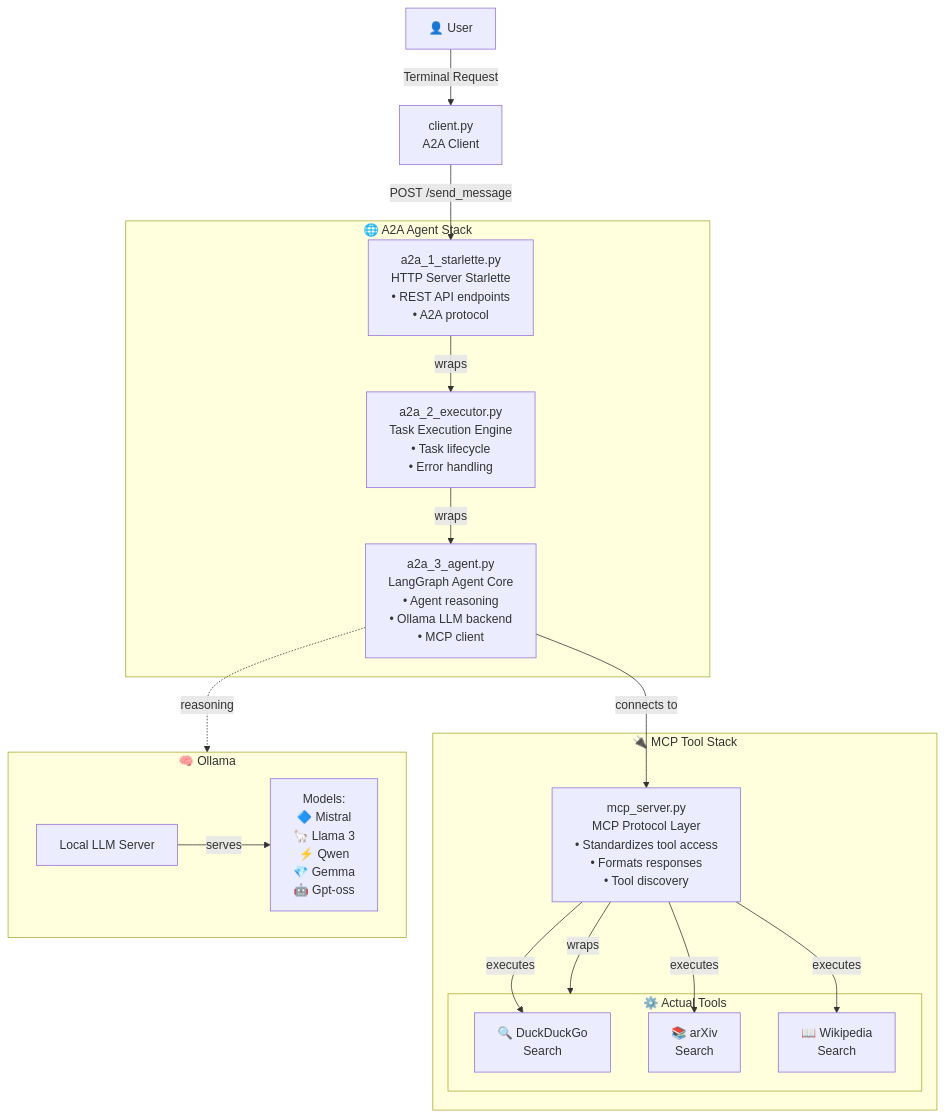
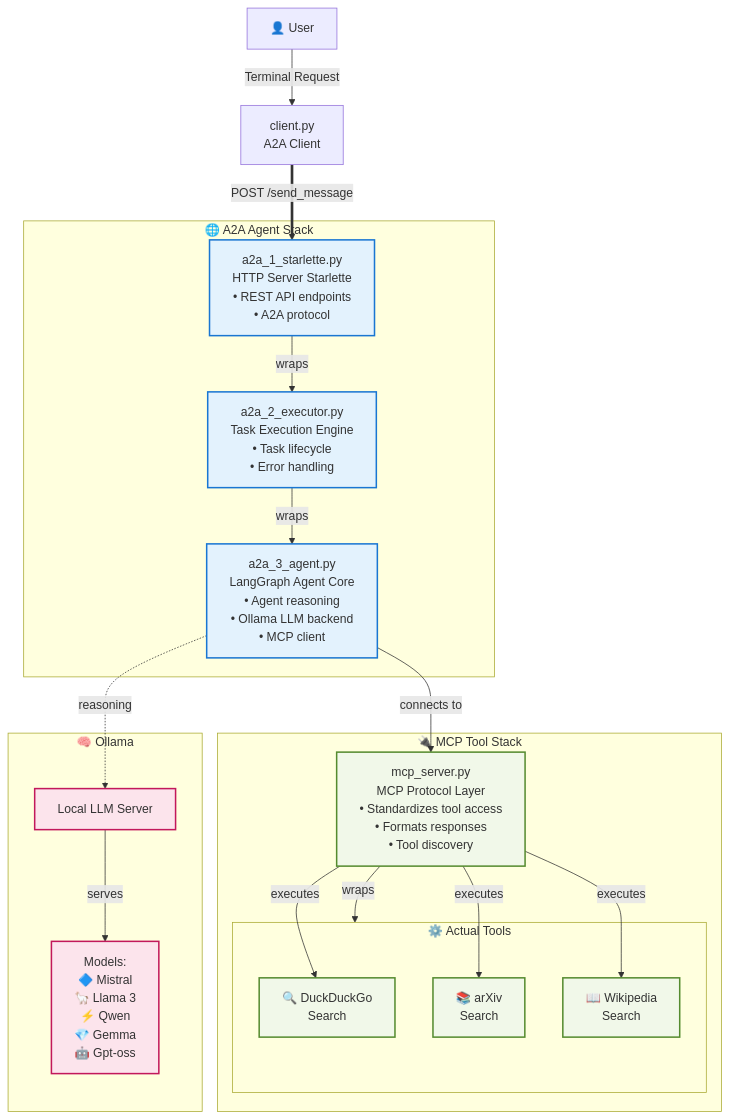
Before and after one commit to JuanMaParraU/a2a-mcp-langgraph-agent-local: the diagram in README.md, drawn with Mermaid.

````diff
--- a/README.md
+++ b/README.md
@@ -141,39 +141,47 @@
 ```mermaid
----
-config:
-  theme: mc
----
 graph TB
     User[👤 User]
     Client[client.py<br/>A2A Client]
-     subgraph A2A_Stack["🌐 A2A Agent Stack"]
+    
+    subgraph A2A_Stack["🌐 A2A Agent Stack"]
         Starlette[a2a_1_starlette.py<br/>HTTP Server Starlette<br/>• REST API endpoints<br/>• A2A protocol]
         Executor[a2a_2_executor.py<br/>Task Execution Engine<br/>• Task lifecycle<br/>• Error handling]
         Agent[a2a_3_agent.py<br/>LangGraph Agent Core<br/>• Agent reasoning<br/>• Ollama LLM backend<br/>• MCP client]
     end
-     subgraph MCP_Stack["🔌 MCP Tool Stack"]
+    
+    subgraph MCP_Stack["🔌 MCP Tool Stack"]
         MCP[mcp_server.py<br/>MCP Protocol Layer<br/>• Standardizes tool access<br/>• Formats responses<br/>• Tool discovery]
-         subgraph Tools["⚙️ Actual Tools"]
+        
+        subgraph Tools["⚙️ Actual Tools"]
             DDG[🔍 DuckDuckGo<br/>Search]
             ArXiv[📚 arXiv<br/>Search]
             Wiki[📖 Wikipedia<br/>Search]
         end
     end
+    
     subgraph Ollama["🧠 Ollama"]
         LLM[Local LLM Server]
         Models["Models:<br/>🔷 Mistral<br/>🦙 Llama 3<br/>⚡ Qwen<br/>💎 Gemma<br/>🤖 Gpt-oss"]
     end
-     Ollama[(Ollama<br/>Local LLM)]
-     LLM -->|serves|Models
-     User -->|Terminal Request| Client
-     Client -->|POST /send_message| Starlette
-     Starlette -->|wraps| Executor
-     Executor -->|wraps| Agent
-     Agent -->|connects to| MCP
-     Agent -.->|reasoning| Ollama
-     MCP -->|wraps| Tools
-     MCP -->|executes| DDG
-     MCP -->|executes| ArXiv
-     MCP -->|executes| Wiki
-
+    
+    LLM -->|serves| Models
+    
+    User -->|Terminal Request| Client
+    Client ==>|POST /send_message| Starlette
+    Starlette -->|wraps| Executor
+    Executor -->|wraps| Agent
+    Agent -->|connects to| MCP
+    Agent -.->|reasoning| LLM
+    MCP -->|wraps| Tools
+    MCP -->|executes| DDG
+    MCP -->|executes| ArXiv
+    MCP -->|executes| Wiki
+    
+    classDef a2a fill:#e3f2fd,stroke:#1976d2,stroke-width:2px
+    classDef mcp fill:#f1f8e9,stroke:#558b2f,stroke-width:2px
+    classDef ollama fill:#fce4ec,stroke:#c2185b,stroke-width:2px
+    
+    class Starlette,Executor,Agent a2a
+    class MCP,DDG,ArXiv,Wiki mcp
+    class LLM,Models ollama
 ```
````
